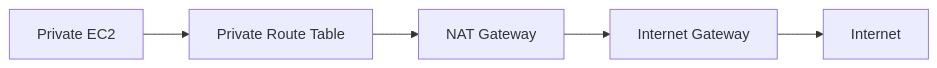
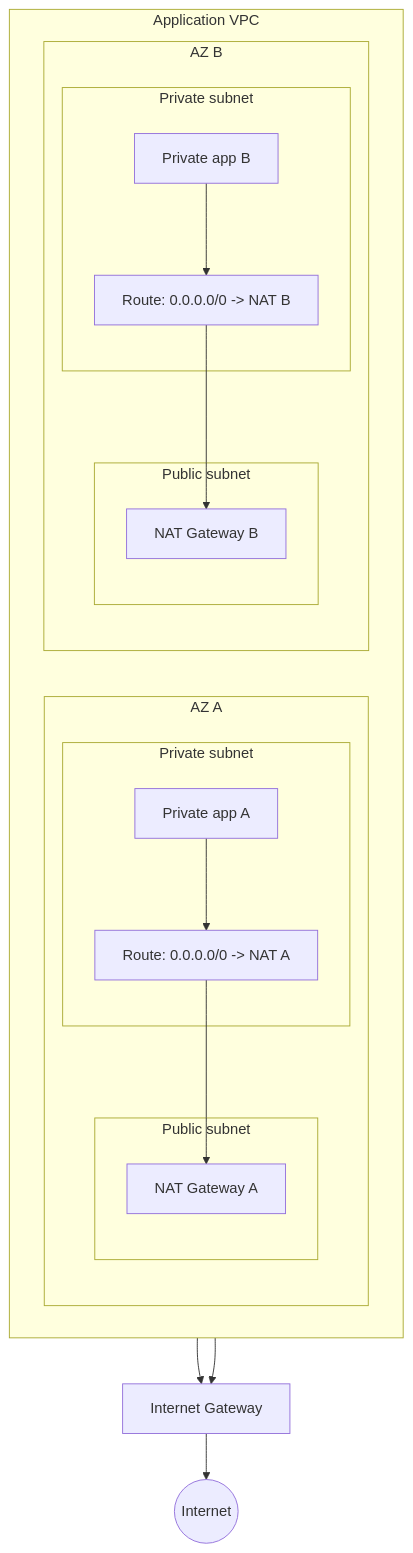
One commit to rooneyviet/aws-learning-obsidian changed the diagram in 05 - Networking, DNS, and Edge/NAT Gateway and NAT Instances.md. Above: the diagram before and after it, drawn with Mermaid. The commit also changed 7 other files, not shown here.

````diff
--- a/05 - Networking, DNS, and Edge/NAT Gateway and NAT Instances.md
+++ b/05 - Networking, DNS, and Edge/NAT Gateway and NAT Instances.md
@@ -22,7 +22,34 @@
 ```mermaid
-flowchart LR
-    Priv[Private EC2] --> RT[Private Route Table]
-    RT --> NAT[NAT Gateway]
-    NAT --> IGW[Internet Gateway]
-    IGW --> Internet
+flowchart TB
+    Internet((Internet))
+
+    subgraph VPC["Application VPC"]
+        direction LR
+
+        subgraph AZA["AZ A"]
+            direction TB
+            subgraph PubA["Public subnet"]
+                NATA[NAT Gateway A]
+            end
+            subgraph PrivA["Private subnet"]
+                AppA[Private app A]
+                RTA[Route: 0.0.0.0/0 -> NAT A]
+            end
+        end
+
+        subgraph AZB["AZ B"]
+            direction TB
+            subgraph PubB["Public subnet"]
+                NATB[NAT Gateway B]
+            end
+            subgraph PrivB["Private subnet"]
+                AppB[Private app B]
+                RTB[Route: 0.0.0.0/0 -> NAT B]
+            end
+        end
+    end
+
+    IGW[Internet Gateway] --> Internet
+    AppA --> RTA --> NATA --> IGW
+    AppB --> RTB --> NATB --> IGW
 ```
````
